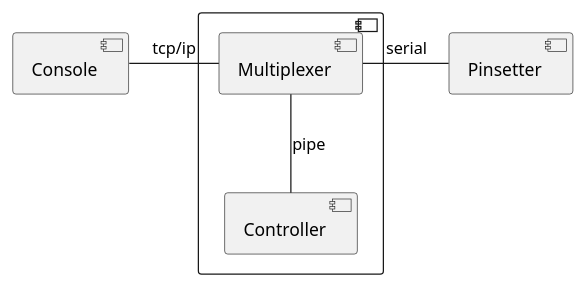
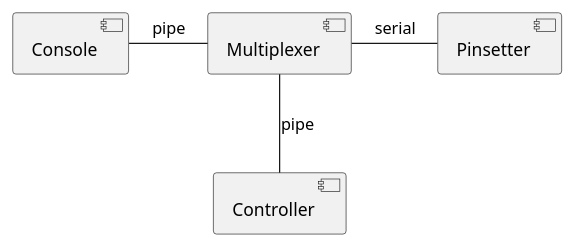
One commit to java-to-kotlin/kotlin-tdd-workshop changed the first of 2 diagrams in docs/protocols.md. Above: the diagram before and after it, drawn with PlantUML. The commit also changed 16 other files, not shown here.

````diff
--- a/docs/protocols.md
+++ b/docs/protocols.md
@@ -5,15 +5,15 @@
 ```plantuml
 @startuml
+
 component Console
-component {
-    component Multiplexer
-    component Controller
-    Multiplexer -- Controller : pipe
-}
+component Multiplexer
 component Pinsetter
 
-Console - Multiplexer : tcp/ip
+Console - Multiplexer : pipe
 Multiplexer - Pinsetter : serial
+
+component Controller
+Multiplexer -- Controller : pipe
 
 @enduml
 ```
````
